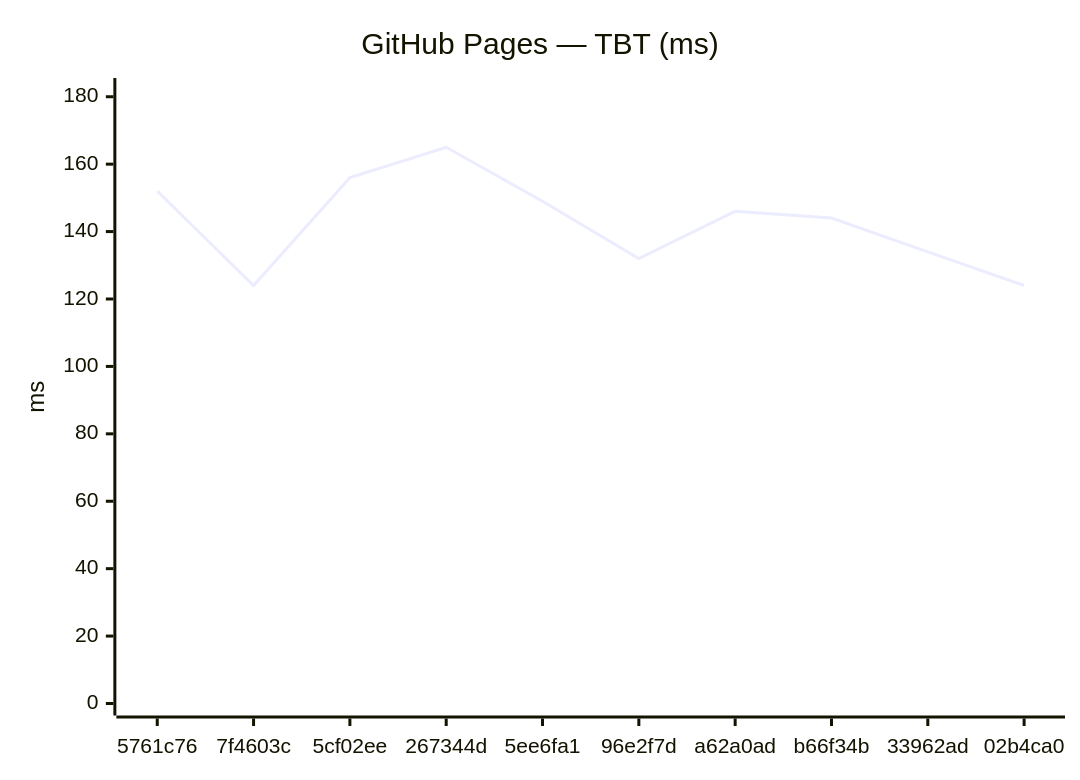
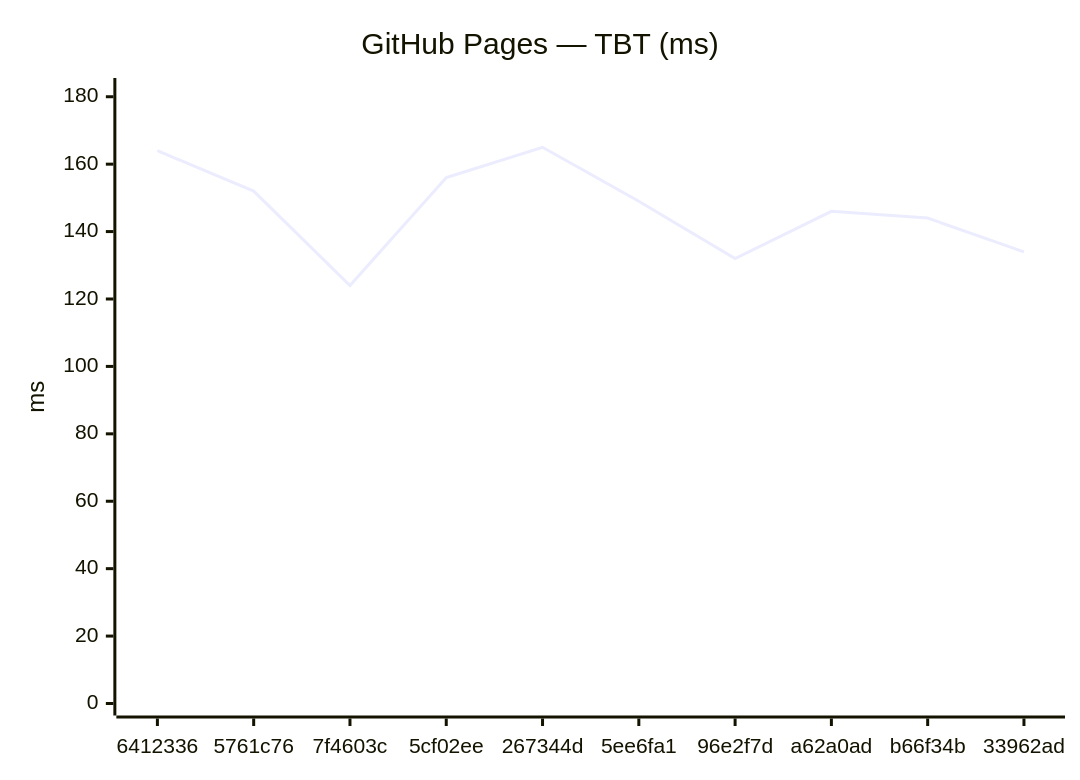
One commit to Metaheurist/Rianell changed the fourth of 18 diagrams in benchmarks/compare.md. Above: the diagram before and after it, drawn with Mermaid. The commit also changed other lines of this file and 11 other files, not shown here.

````diff
--- a/benchmarks/compare.md
+++ b/benchmarks/compare.md
@@ -61,7 +61,7 @@
 ```mermaid
 xychart-beta
     title "GitHub Pages — TBT (ms)"
-    x-axis ["5761c76", "7f4603c", "5cf02ee", "267344d", "5ee6fa1", "96e2f7d", "a62a0ad", "b66f34b", "33962ad", "02b4ca0"]
+    x-axis ["6412336", "5761c76", "7f4603c", "5cf02ee", "267344d", "5ee6fa1", "96e2f7d", "a62a0ad", "b66f34b", "33962ad"]
     y-axis "ms" 0 --> 182
-    line [152, 124, 156, 165, 149, 132, 146, 144, 134, 124]
+    line [164, 152, 124, 156, 165, 149, 132, 146, 144, 134]
 ```
````
